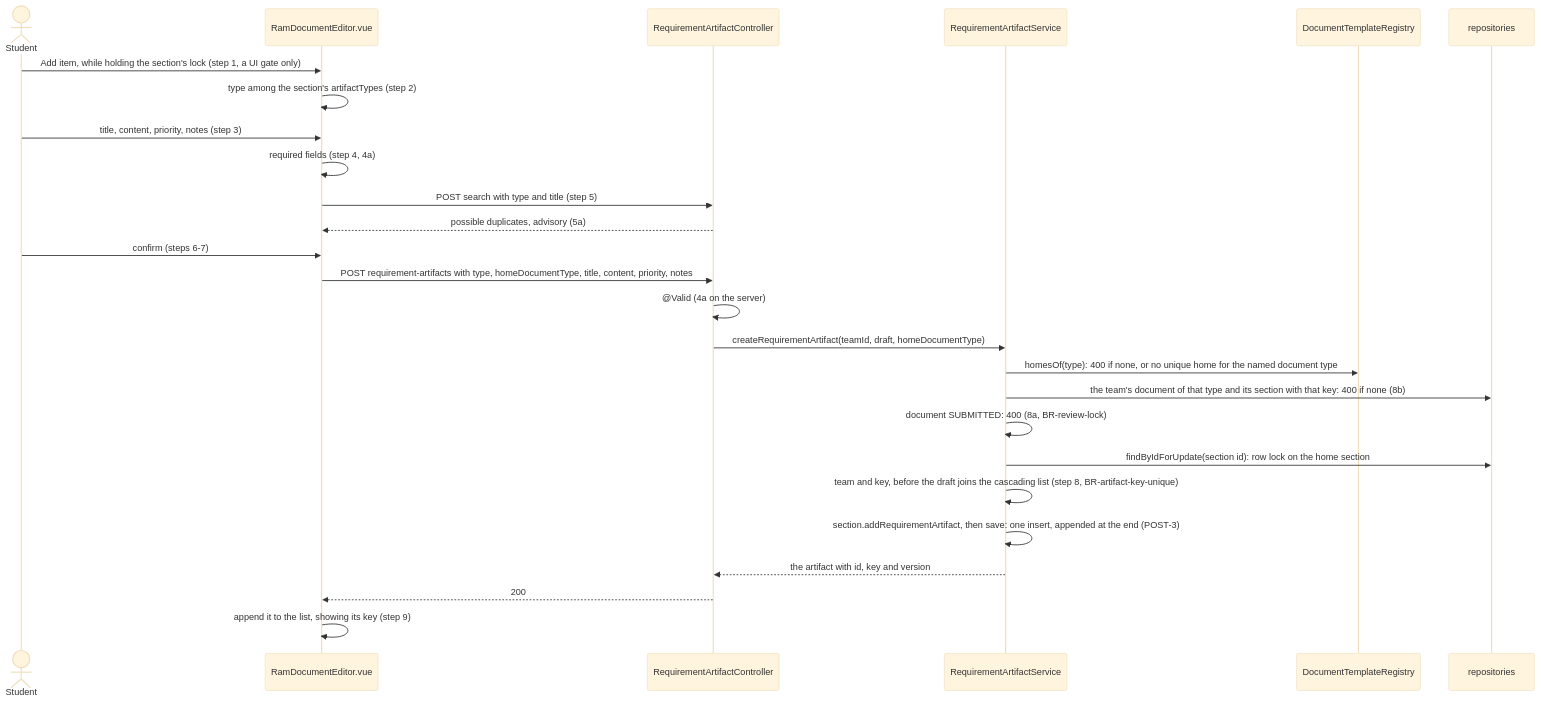
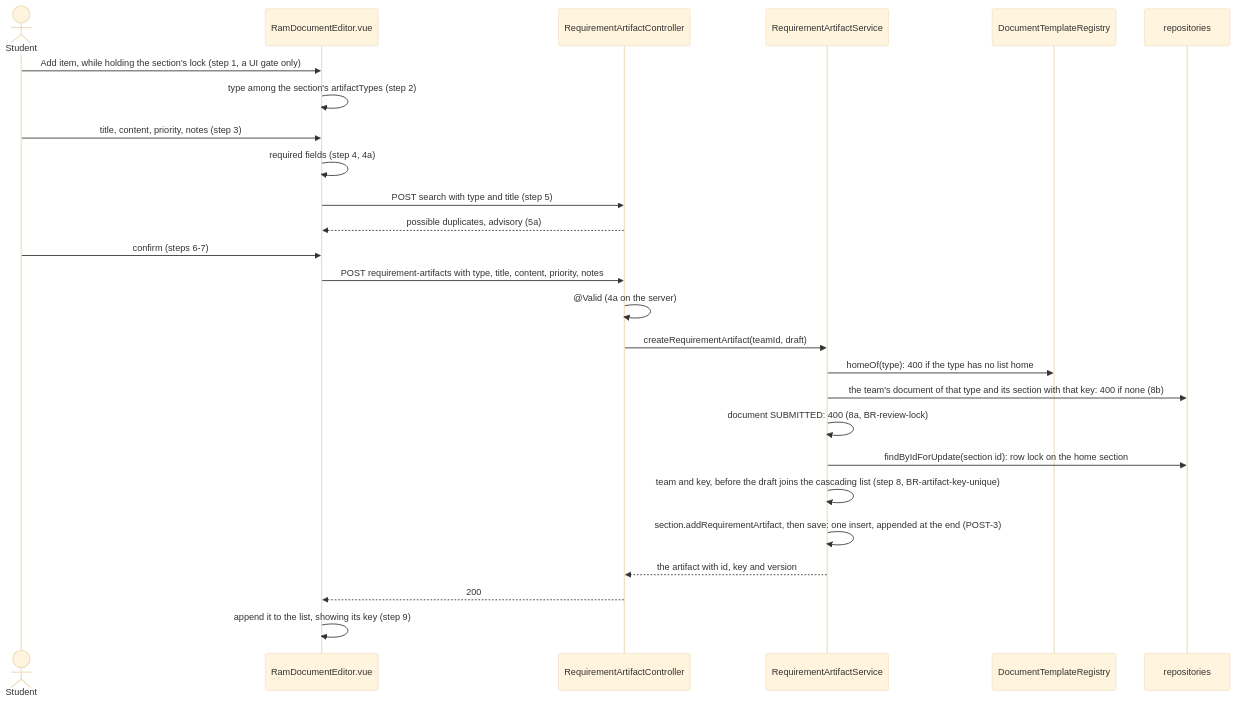
The second of 2 diagrams in docs/design/art.md (Washingtonwei/project-pulse), drawn with Mermaid (base theme) before and after one commit. The commit also changed other lines of this file and 5 other files, not shown here.

First line of the commit message:
Give every artifact type exactly one home

````diff
--- a/docs/design/art.md
+++ b/docs/design/art.md
@@ -97,28 +96,28 @@
 ```mermaid
 sequenceDiagram
   actor S as Student
   participant E as RamDocumentEditor.vue
   participant C as RequirementArtifactController
   participant RS as RequirementArtifactService
   participant R as DocumentTemplateRegistry
   participant DB as repositories
   S->>E: Add item, while holding the section's lock (step 1, a UI gate only)
   E->>E: type among the section's artifactTypes (step 2)
   S->>E: title, content, priority, notes (step 3)
   E->>E: required fields (step 4, 4a)
   E->>C: POST search with type and title (step 5)
   C-->>E: possible duplicates, advisory (5a)
   S->>E: confirm (steps 6-7)
-  E->>C: POST requirement-artifacts with type, homeDocumentType, title, content, priority, notes
+  E->>C: POST requirement-artifacts with type, title, content, priority, notes
   C->>C: @Valid (4a on the server)
-  C->>RS: createRequirementArtifact(teamId, draft, homeDocumentType)
-  RS->>R: homesOf(type): 400 if none, or no unique home for the named document type
+  C->>RS: createRequirementArtifact(teamId, draft)
+  RS->>R: homeOf(type): 400 if the type has no list home
   RS->>DB: the team's document of that type and its section with that key: 400 if none (8b)
   RS->>RS: document SUBMITTED: 400 (8a, BR-review-lock)
   RS->>DB: findByIdForUpdate(section id): row lock on the home section
   RS->>RS: team and key, before the draft joins the cascading list (step 8, BR-artifact-key-unique)
   RS->>RS: section.addRequirementArtifact, then save: one insert, appended at the end (POST-3)
   RS-->>C: the artifact with id, key and version
   C-->>E: 200
   E->>E: append it to the list, showing its key (step 9)
 ```
````
